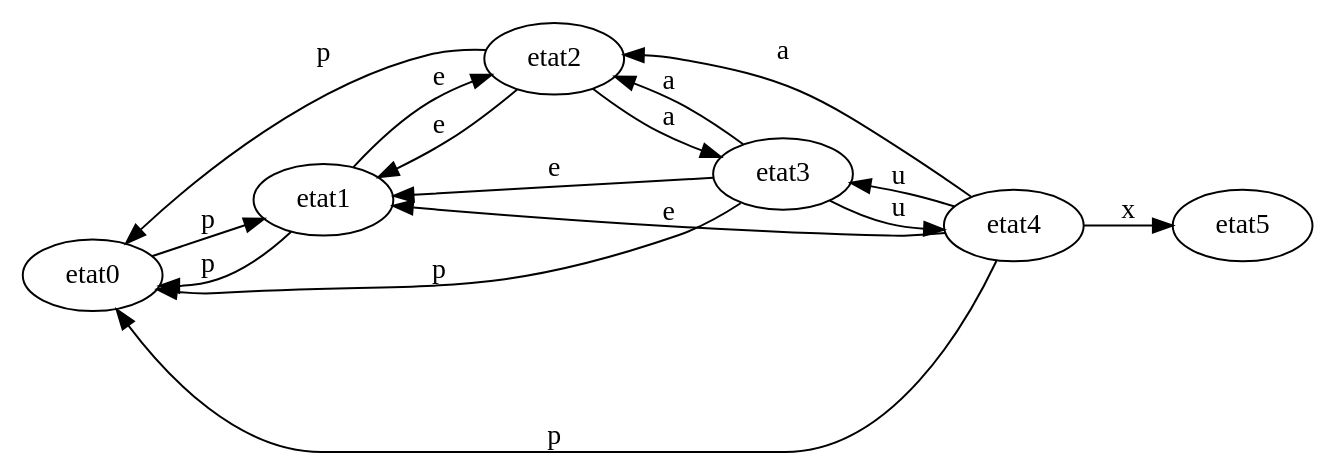
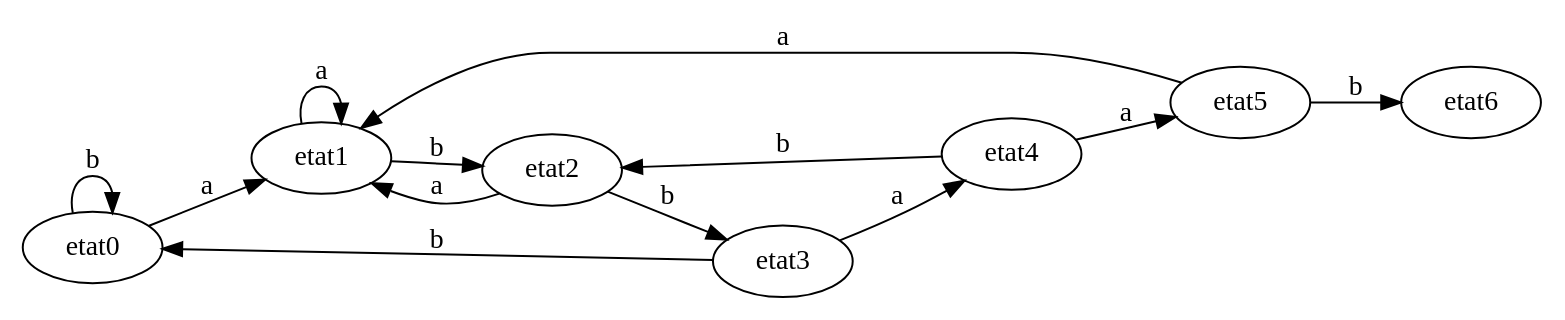
One commit to jilljenn/tryalgo.org changed the diagram in fr/images/kmp/etats.dot. Above: the diagram before and after it, drawn with Graphviz. The commit also changed 7 other files, not shown here.

```diff
--- a/fr/images/kmp/etats.dot
+++ b/fr/images/kmp/etats.dot
@@ -1,18 +1,15 @@
 digraph g {
 rankdir=LR;
-etat0 -> etat1 [label=p];
-etat1 -> etat0 [label=p];
-etat1 -> etat2 [label=e];
-etat2 -> etat3 [label=a];
-etat2 -> etat1 [label=e];
-etat2 -> etat0 [label=p];
-etat3 -> etat0 [label=p];
-etat3 -> etat1 [label=e];
-etat3 -> etat2 [label=a];
-etat3 -> etat4 [label=u];
-etat4 -> etat0 [label=p];
-etat4 -> etat1 [label=e];
-etat4 -> etat2 [label=a];
-etat4 -> etat3 [label=u];
-etat4 -> etat5 [label=x];
+etat0 -> etat1 [label=a];
+etat0 -> etat0 [label=b];
+etat1 -> etat2 [label=b];
+etat1 -> etat1 [label=a];
+etat2 -> etat3 [label=b];
+etat2 -> etat1 [label=a];
+etat3 -> etat4 [label=a];
+etat3 -> etat0 [label=b];
+etat4 -> etat5 [label=a];
+etat4 -> etat2 [label=b];
+etat5 -> etat1 [label=a];
+etat5 -> etat6 [label=b];
 }
```
